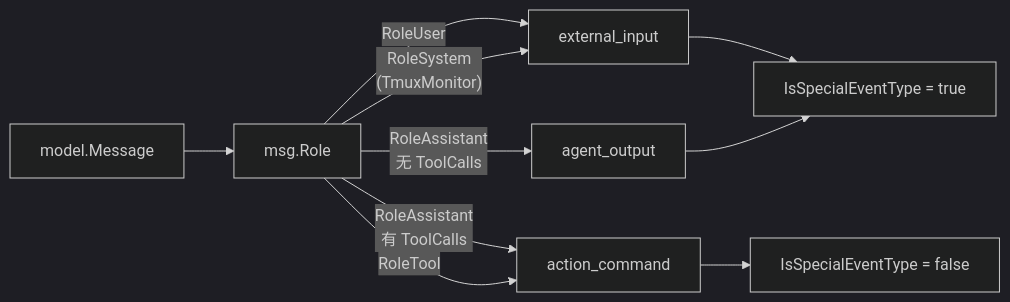
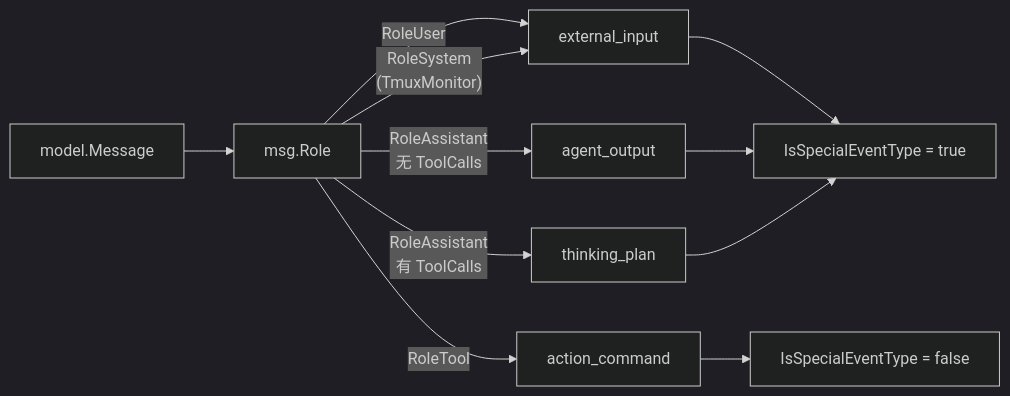
One commit to SpellingDragon/tagent changed the second of 3 diagrams in docs/wiki/event/event-architecture.md. Above: the diagram before and after it, drawn with Mermaid (dark theme). The commit also changed other lines of this file and 53 other files, not shown here.

````diff
--- a/docs/wiki/event/event-architecture.md
+++ b/docs/wiki/event/event-architecture.md
@@ -90,14 +90,15 @@
 ```mermaid
 graph LR
     msg["model.Message"] --> role["msg.Role"]
 
     role -->|"RoleUser"| ext["external_input"]
     role -->|"RoleSystem\n(TmuxMonitor)"| ext
     role -->|"RoleAssistant\n无 ToolCalls"| ao["agent_output"]
-    role -->|"RoleAssistant\n有 ToolCalls"| ac["action_command"]
-    role -->|"RoleTool"| ac
+    role -->|"RoleAssistant\n有 ToolCalls"| tp["thinking_plan"]
+    role -->|"RoleTool"| ac["action_command"]
 
     ext --> special["IsSpecialEventType = true"]
     ao --> special
+    tp --> special
     ac --> notspecial["IsSpecialEventType = false"]
 ```
````
